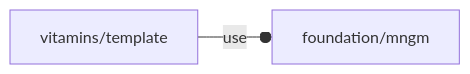
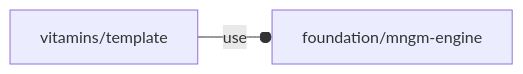
The diagram in orthodocs/vitamins/template.md (ggabbiani/OFL), drawn with Mermaid before and after one commit. The commit also changed 65 other files, not shown here.

Commit message:
foundation/mngm.scad renamed as foundation/mngm-engine.scad

````diff
--- a/orthodocs/vitamins/template.md
+++ b/orthodocs/vitamins/template.md
@@ -5,4 +5,4 @@
 ```mermaid
 graph LR
-    A1[vitamins/template] --o|use| A2[foundation/mngm]
+    A1[vitamins/template] --o|use| A2[foundation/mngm-engine]
 ```
````
